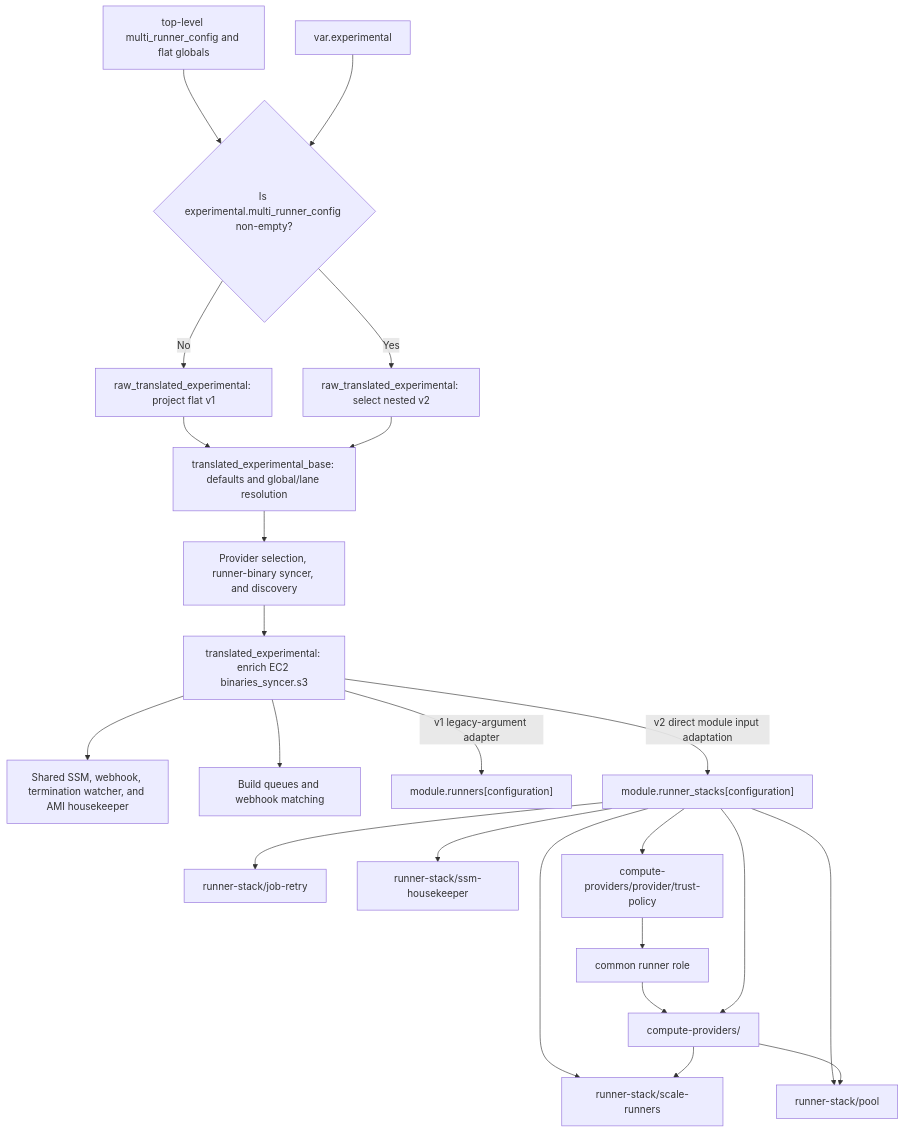
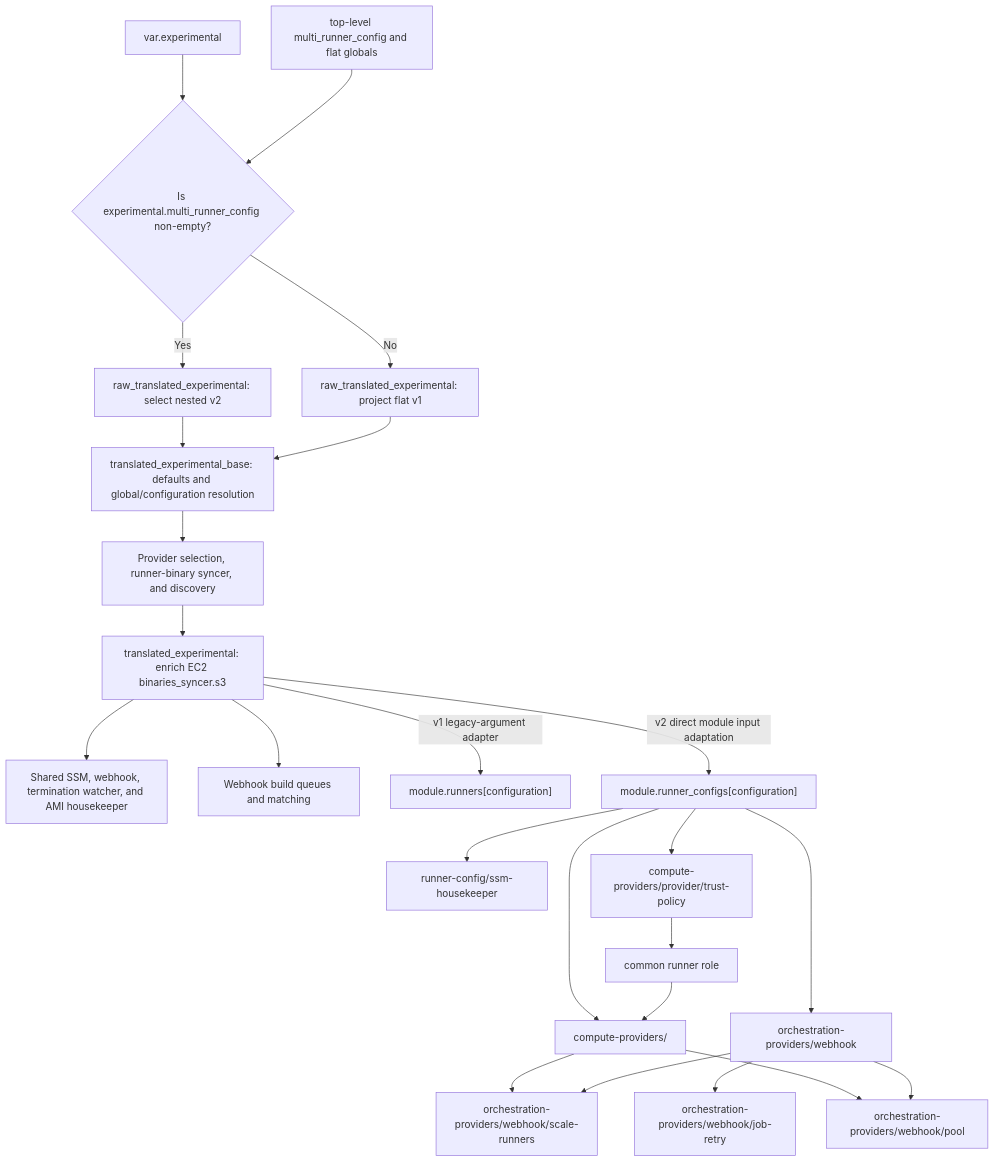
The diagram in docs/modules/internal/compute-provider-refactor.md (github-aws-runners/terraform-aws-github-runner), drawn with Mermaid before and after one commit. The commit also changed other lines of this file and 121 other files, not shown here.

Commit message:
refactor(multi-runner): add orchestration provider boundary

````diff
--- a/docs/modules/internal/compute-provider-refactor.md
+++ b/docs/modules/internal/compute-provider-refactor.md
@@ -66,25 +69,26 @@
 ```mermaid
 flowchart TD
   Stable["top-level multi_runner_config and flat globals"] --> Select{"Is experimental.multi_runner_config non-empty?"}
   Experimental["var.experimental"] --> Select
   Select -->|No| V1["raw_translated_experimental: project flat v1"]
   Select -->|Yes| V2["raw_translated_experimental: select nested v2"]
-  V1 --> Base["translated_experimental_base: defaults and global/lane resolution"]
+  V1 --> Base["translated_experimental_base: defaults and global/configuration resolution"]
   V2 --> Base
   Base --> Discovery["Provider selection, runner-binary syncer, and discovery"]
   Discovery --> Final["translated_experimental: enrich EC2 binaries_syncer.s3"]
   Final --> Singleton["Shared SSM, webhook, termination watcher, and AMI housekeeper"]
-  Final --> Shared["Build queues and webhook matching"]
+  Final --> Shared["Webhook build queues and matching"]
   Final -->|v1 legacy-argument adapter| Legacy["module.runners[configuration]"]
-  Final -->|v2 direct module input adaptation| Stack["module.runner_stacks[configuration]"]
-  Stack --> Scaling["runner-stack/scale-runners"]
-  Stack --> Pool["runner-stack/pool"]
-  Stack --> Retry["runner-stack/job-retry"]
-  Stack --> Housekeeper["runner-stack/ssm-housekeeper"]
-  Stack --> Trust["compute-providers/provider/trust-policy"]
+  Final -->|v2 direct module input adaptation| RunnerConfig["module.runner_configs[configuration]"]
+  RunnerConfig --> Orchestration["orchestration-providers/webhook"]
+  Orchestration --> Scaling["orchestration-providers/webhook/scale-runners"]
+  Orchestration --> Pool["orchestration-providers/webhook/pool"]
+  Orchestration --> Retry["orchestration-providers/webhook/job-retry"]
+  RunnerConfig --> Housekeeper["runner-config/ssm-housekeeper"]
+  RunnerConfig --> Trust["compute-providers/provider/trust-policy"]
   Trust --> Role["common runner role"]
   Role --> Provider
-  Stack --> Provider["compute-providers/<provider>"]
+  RunnerConfig --> Provider["compute-providers/<provider>"]
   Provider --> Scaling
   Provider --> Pool
 ```
````
